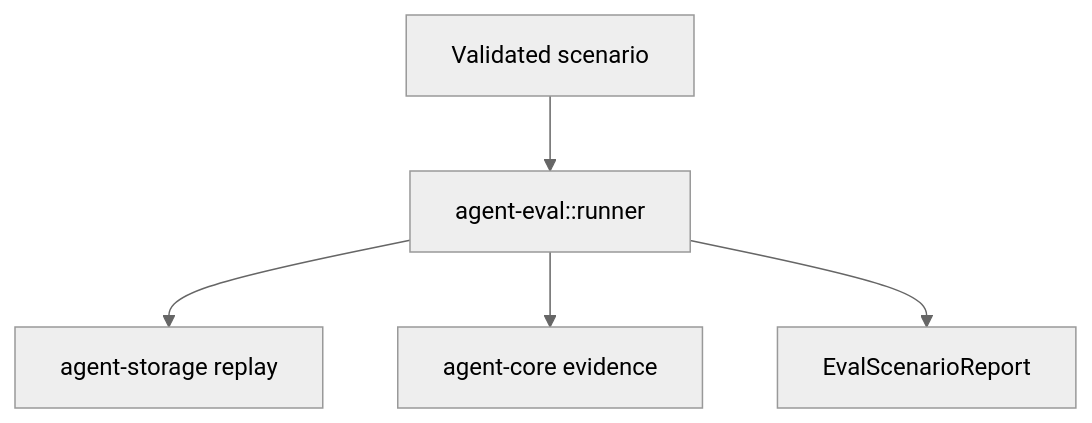
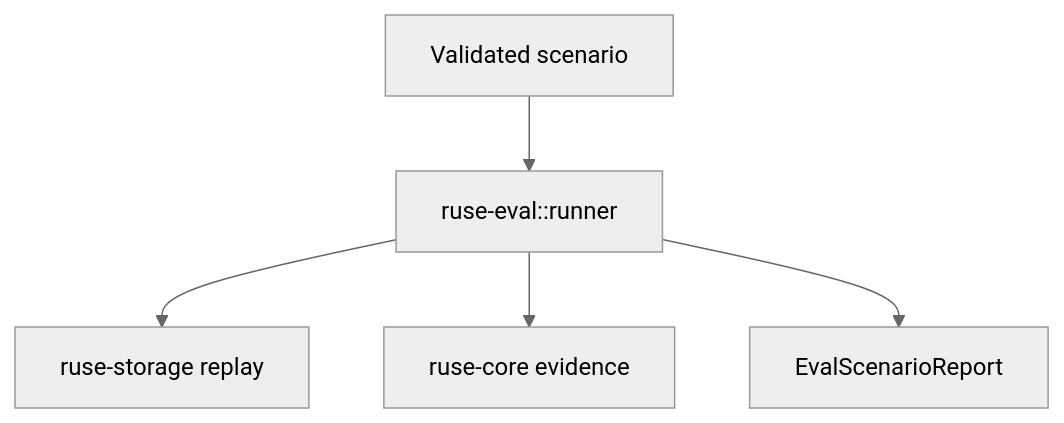
Before and after one commit to poneding/agent: the diagram in docs/specs/M27-02-scenario-runner-core.spec.md, drawn with Mermaid (neutral theme). The commit also changed other lines of this file and 2091 other files, not shown here.

First line of the commit message:
refactor: rename agent branding to ruse

````diff
--- a/docs/specs/M27-02-scenario-runner-core.spec.md
+++ b/docs/specs/M27-02-scenario-runner-core.spec.md
@@ -32,7 +32,7 @@
 ```mermaid
 flowchart TD
-  Manifest["Validated scenario"] --> Runner["agent-eval::runner"]
-  Runner --> Replay["agent-storage replay"]
-  Runner --> Evidence["agent-core evidence"]
+  Manifest["Validated scenario"] --> Runner["ruse-eval::runner"]
+  Runner --> Replay["ruse-storage replay"]
+  Runner --> Evidence["ruse-core evidence"]
   Runner --> Report["EvalScenarioReport"]
 ```
````
